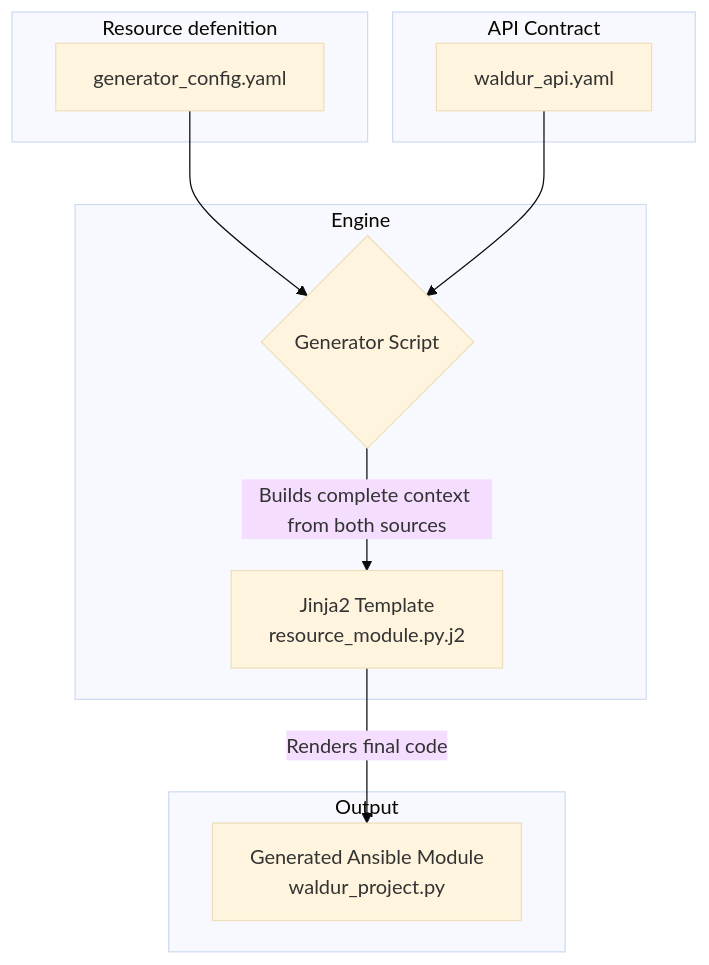
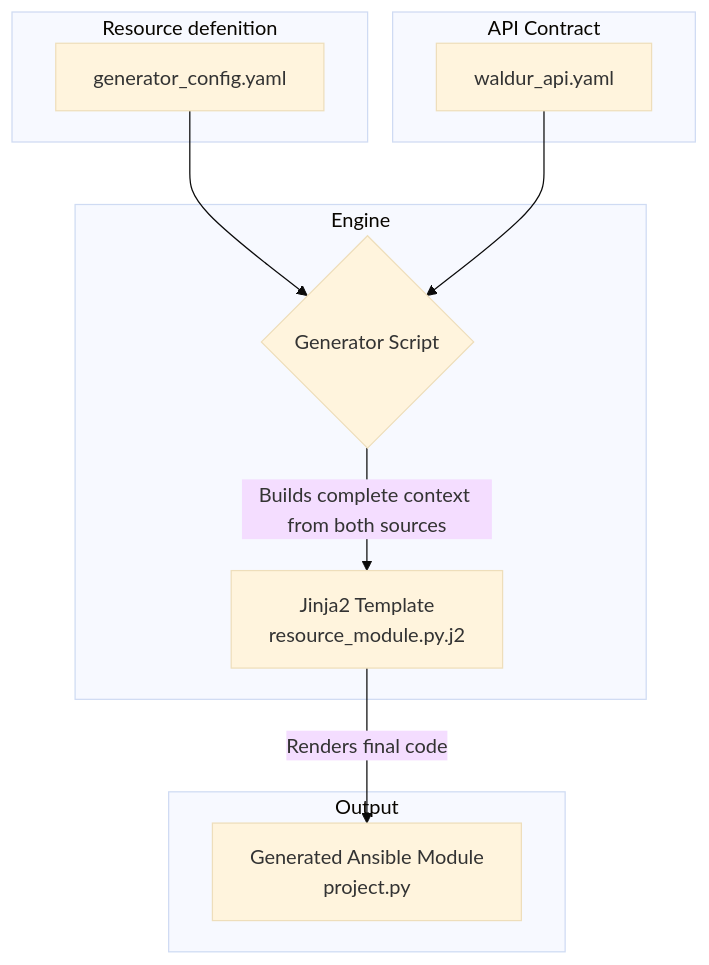
Before and after one commit to waldur/ansible-waldur-generator: the first of 2 diagrams in README.md, drawn with Mermaid (base theme). The commit also changed other lines of this file, not shown here.

````diff
--- a/README.md
+++ b/README.md
@@ -257,24 +257,24 @@
 ```mermaid
 graph TD
     subgraph "API Contract"
         B[waldur_api.yaml]
     end
 
     subgraph "Resource defenition"
         A[generator_config.yaml]
     end
 
     subgraph "Engine"
         C{Generator Script}
         D[Jinja2 Template <br>resource_module.py.j2]
     end
 
     subgraph "Output"
-        E[Generated Ansible Module <br>waldur_project.py]
+        E[Generated Ansible Module <br>project.py]
     end
 
     A --> C
     B --> C
     C -- Builds complete context from both sources --> D
     D -- Renders final code --> E
 ```
````
